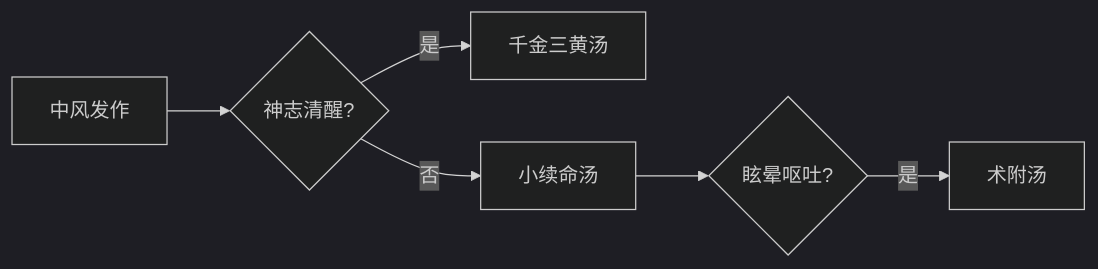
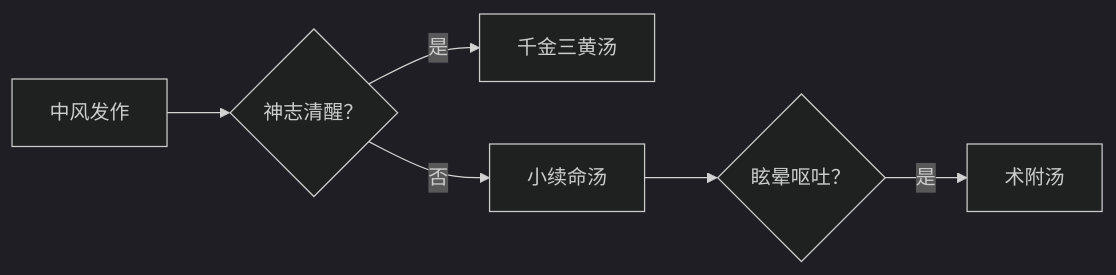
One commit to acuherb/acuherb.github.io changed the first of 2 diagrams in posts/jingui-05/index.md. Above: the diagram before and after it, drawn with Mermaid (dark theme). The commit also changed other lines of this file and 697 other files, not shown here.

````diff
--- a/posts/jingui-05/index.md
+++ b/posts/jingui-05/index.md
@@ -615,8 +615,8 @@
    ```mermaid  
    graph LR  
-   A[中风发作] --> B{神志清醒?}  
+   A[中风发作] --> B{神志清醒？}  
    B -->|是| C[千金三黄汤]  
    B -->|否| D[小续命汤]  
-   D --> E{眩晕呕吐?}  
+   D --> E{眩晕呕吐？}  
    E -->|是| F[术附汤]  
    ```  
````
